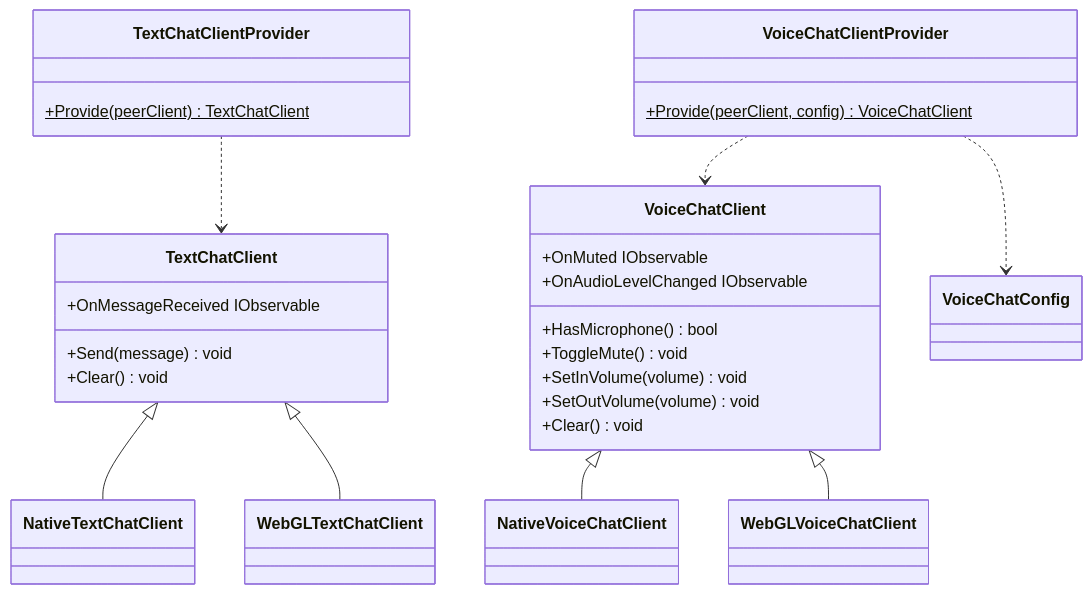
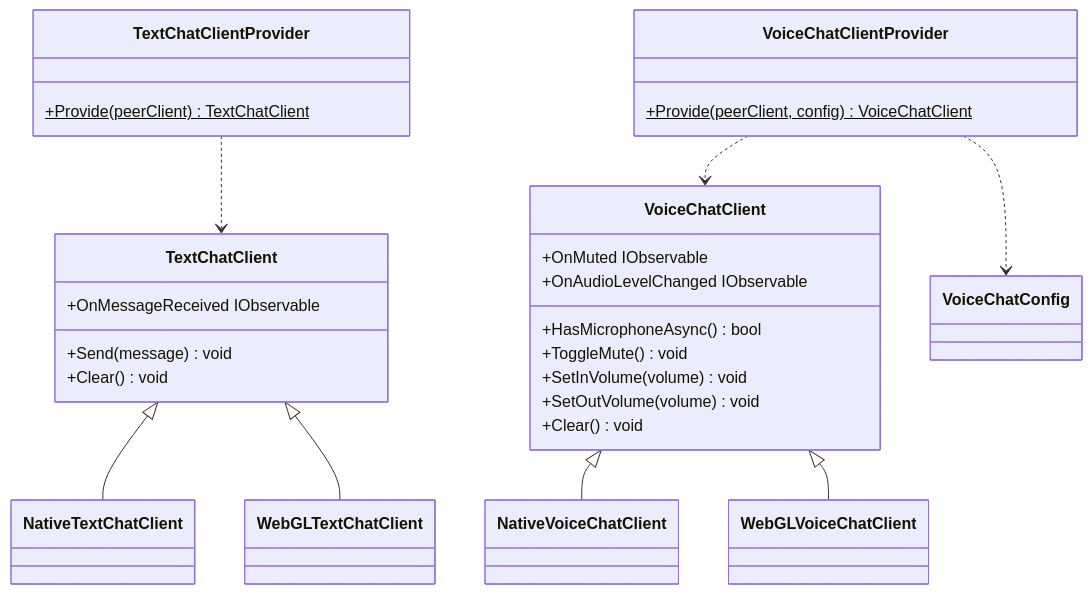
Before and after one commit to extreal-dev/Extreal.Guide: the first of 2 diagrams in docs/integration/chat.webrtc.md, drawn with Mermaid. The commit also changed other lines of this file and 1 other file, not shown here.

````diff
--- a/docs/integration/chat.webrtc.md
+++ b/docs/integration/chat.webrtc.md
@@ -22,50 +22,50 @@
 ```mermaid
 classDiagram
 
     TextChatClientProvider ..> TextChatClient
     TextChatClient <|-- NativeTextChatClient
     TextChatClient <|-- WebGLTextChatClient
     VoiceChatClientProvider ..> VoiceChatClient
     VoiceChatClientProvider ..> VoiceChatConfig
     VoiceChatClient <|-- NativeVoiceChatClient
     VoiceChatClient <|-- WebGLVoiceChatClient
 
     class TextChatClientProvider {
         +Provide(peerClient)$ TextChatClient
     }
     
     class TextChatClient {
         +OnMessageReceived IObservable
         +Send(message) void
         +Clear() void
     }
     
     class NativeTextChatClient {
     }
     
     class WebGLTextChatClient {
     }
 
     class VoiceChatClientProvider {
         +Provide(peerClient, config)$ VoiceChatClient
     }
 
     class VoiceChatConfig {
     }
 
     class VoiceChatClient {
         +OnMuted IObservable
         +OnAudioLevelChanged IObservable
-        +HasMicrophone() bool
+        +HasMicrophoneAsync() bool
         +ToggleMute() void
         +SetInVolume(volume) void
         +SetOutVolume(volume) void
         +Clear() void
     }
     
     class NativeVoiceChatClient {
     }
     
     class WebGLVoiceChatClient {
     }
 ```
````
